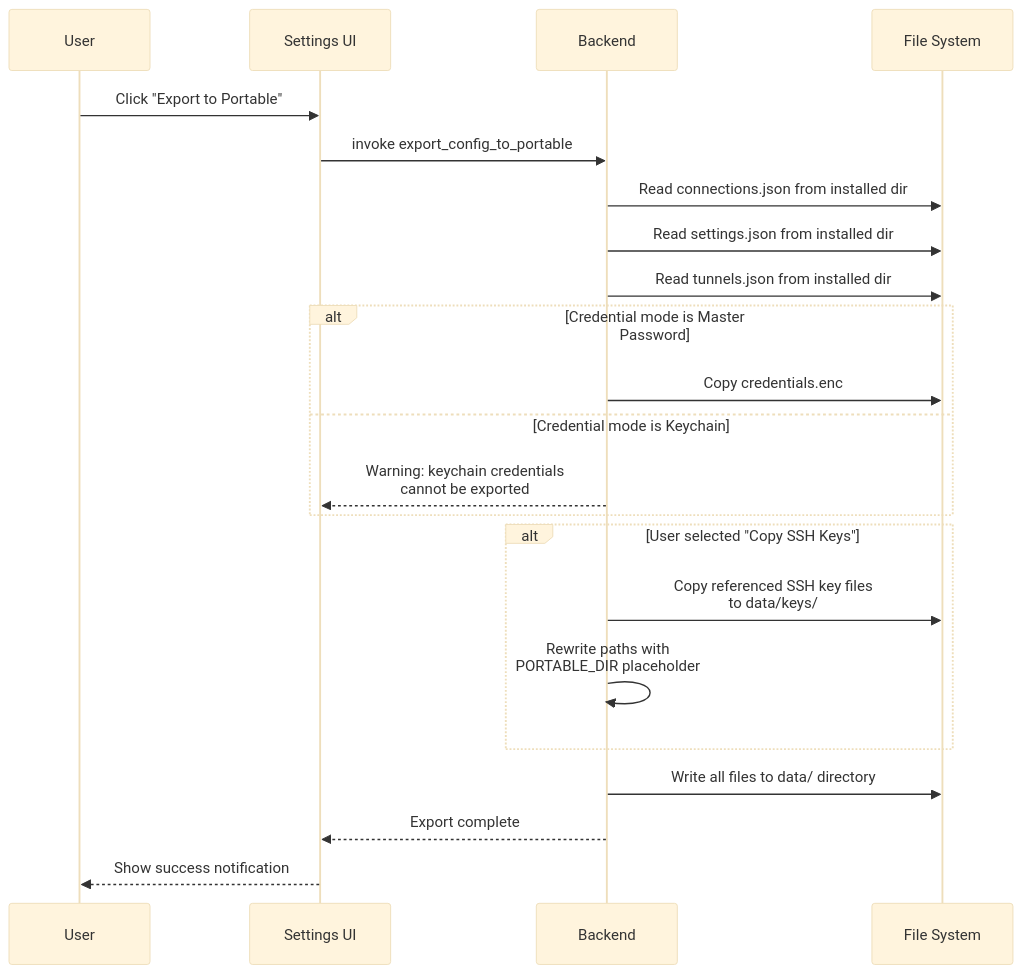
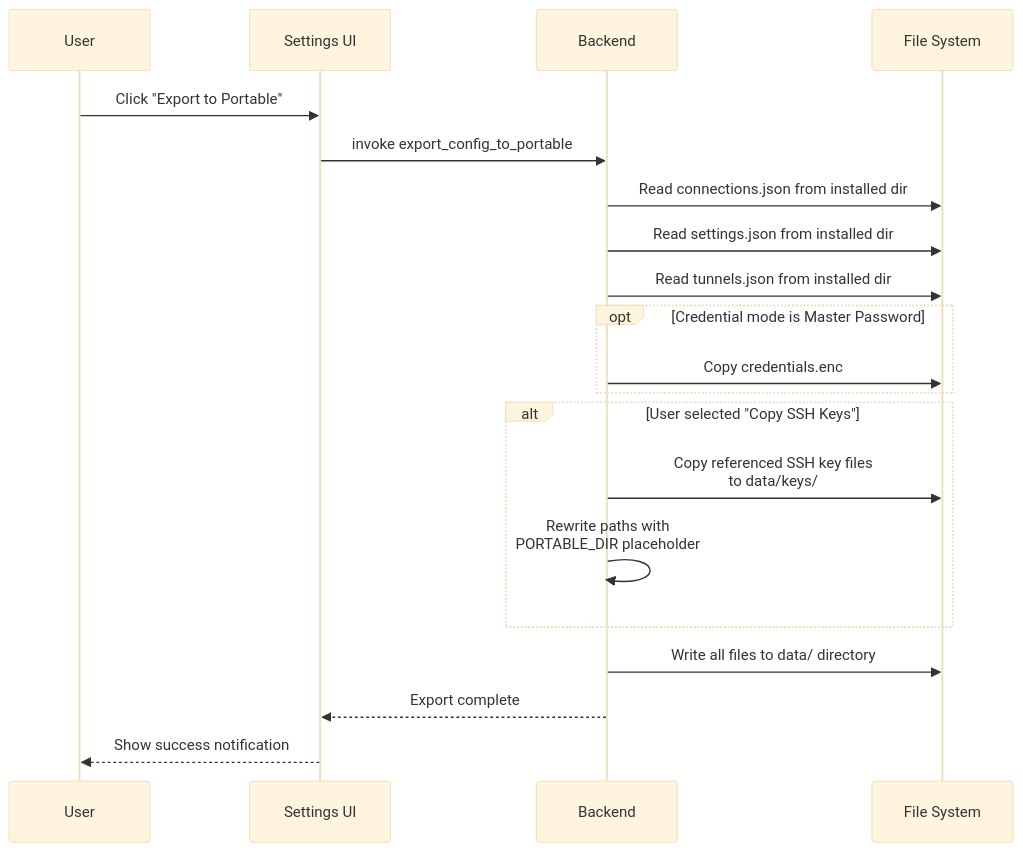
Before and after one commit to armaxri/termiHub: the sixth of 8 diagrams in docs/concepts/portable-mode.md, drawn with Mermaid (base theme). The commit also changed other lines of this file and 34 other files, not shown here.

First line of the commit message:
refactor(credential): remove OS keychain backend

````diff
--- a/docs/concepts/portable-mode.md
+++ b/docs/concepts/portable-mode.md
@@ -343,28 +321,26 @@
 ```mermaid
 sequenceDiagram
     participant U as User
     participant S as Settings UI
     participant B as Backend
     participant FS as File System
 
     U->>S: Click "Export to Portable"
     S->>B: invoke export_config_to_portable
     B->>FS: Read connections.json from installed dir
     B->>FS: Read settings.json from installed dir
     B->>FS: Read tunnels.json from installed dir
 
-    alt Credential mode is Master Password
+    opt Credential mode is Master Password
         B->>FS: Copy credentials.enc
-    else Credential mode is Keychain
-        B-->>S: Warning: keychain credentials<br>cannot be exported
     end
 
     alt User selected "Copy SSH Keys"
         B->>FS: Copy referenced SSH key files<br>to data/keys/
         B->>B: Rewrite paths with<br>PORTABLE_DIR placeholder
     end
 
     B->>FS: Write all files to data/ directory
     B-->>S: Export complete
     S-->>U: Show success notification
 ```
````
